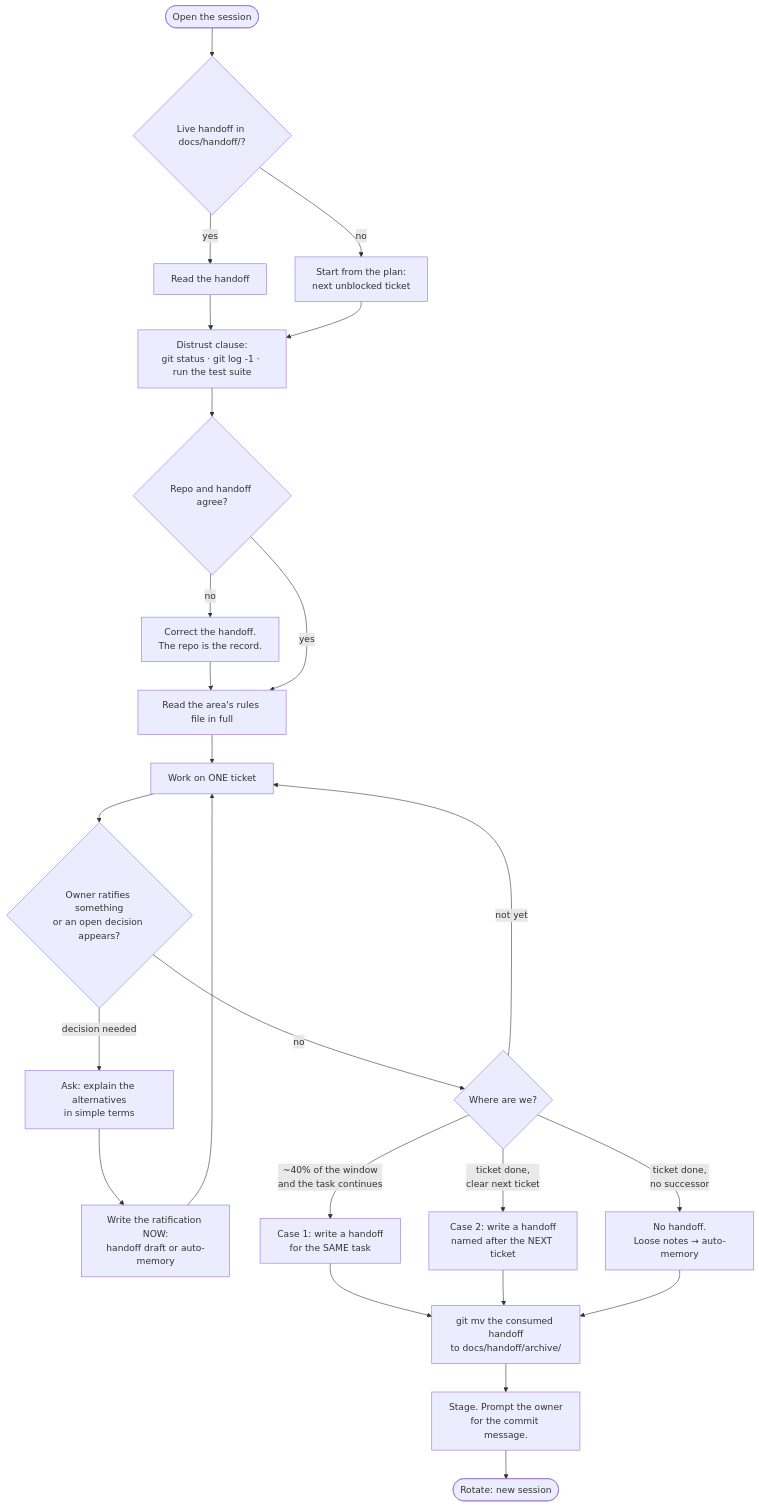
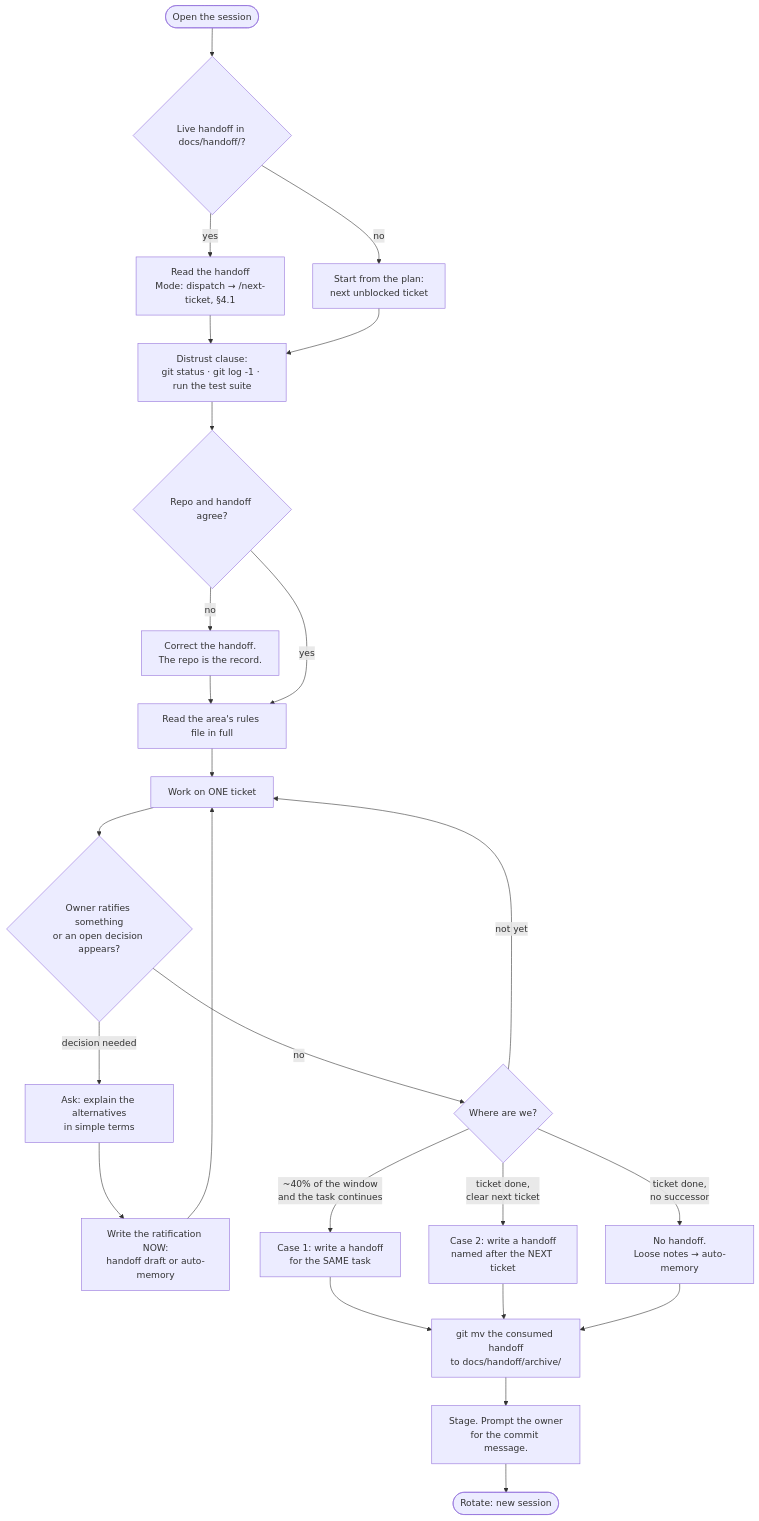
One commit to FNF60/Claude-Starter-Kit changed the first of 4 diagrams in WORKFLOW.md. Above: the diagram before and after it, drawn with Mermaid. The commit also changed other lines of this file and 12 other files, not shown here.

First line of the commit message:
Add dispatch mode: /next-ticket dispatcher and ticket-agent, manual and dispatch both selectable

````diff
--- a/WORKFLOW.md
+++ b/WORKFLOW.md
@@ -56,27 +56,27 @@
 ```mermaid
 flowchart TD
     A([Open the session]) --> B{Live handoff in docs/handoff/?}
-    B -- yes --> C[Read the handoff]
+    B -- yes --> C[Read the handoff<br/>Mode: dispatch → /next-ticket, §4.1]
     B -- no --> D[Start from the plan:<br/>next unblocked ticket]
     C --> E[Distrust clause:<br/>git status · git log -1 · run the test suite]
     D --> E
     E --> F{Repo and handoff agree?}
     F -- no --> G[Correct the handoff.<br/>The repo is the record.]
     G --> H
     F -- yes --> H[Read the area's rules file in full]
     H --> I[Work on ONE ticket]
     I --> J{Owner ratifies something<br/>or an open decision appears?}
     J -- decision needed --> K[Ask: explain the alternatives<br/>in simple terms]
     K --> L[Write the ratification NOW:<br/>handoff draft or auto-memory]
     L --> I
     J -- no --> M{Where are we?}
     M -- "~40% of the window<br/>and the task continues" --> N[Case 1: write a handoff<br/>for the SAME task]
     M -- "ticket done,<br/>clear next ticket" --> O[Case 2: write a handoff<br/>named after the NEXT ticket]
     M -- "ticket done,<br/>no successor" --> P[No handoff.<br/>Loose notes → auto-memory]
     M -- not yet --> I
     N --> Q[git mv the consumed handoff<br/>to docs/handoff/archive/]
     O --> Q
     P --> Q
     Q --> R[Stage. Prompt the owner<br/>for the commit message.]
     R --> S([Rotate: new session])
 ```
````
